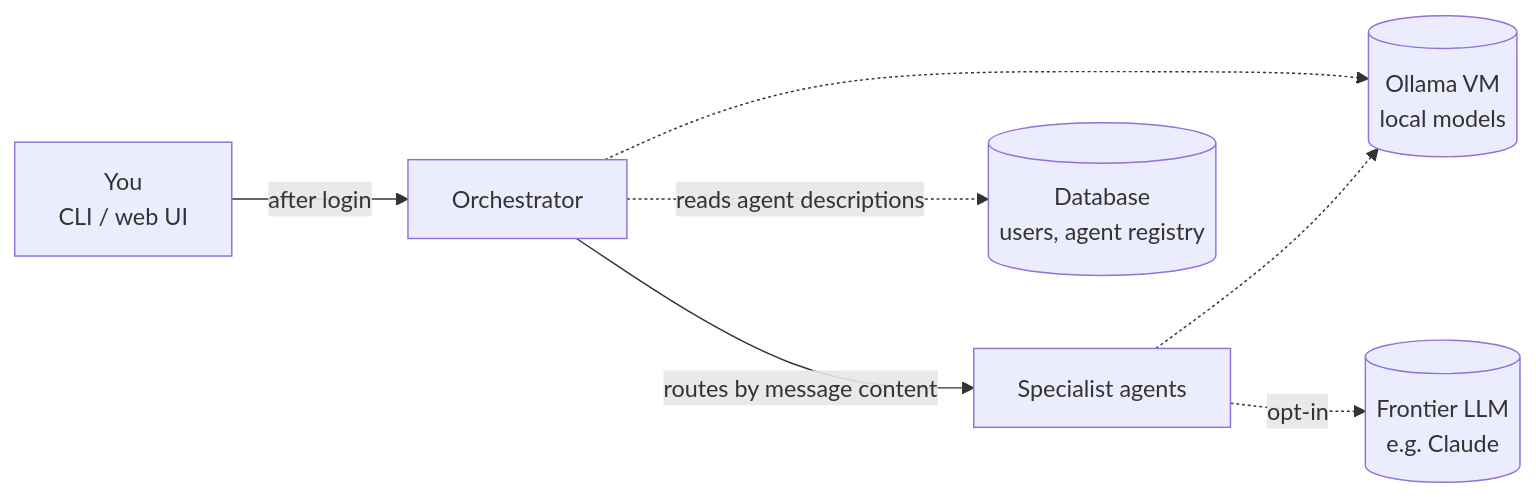
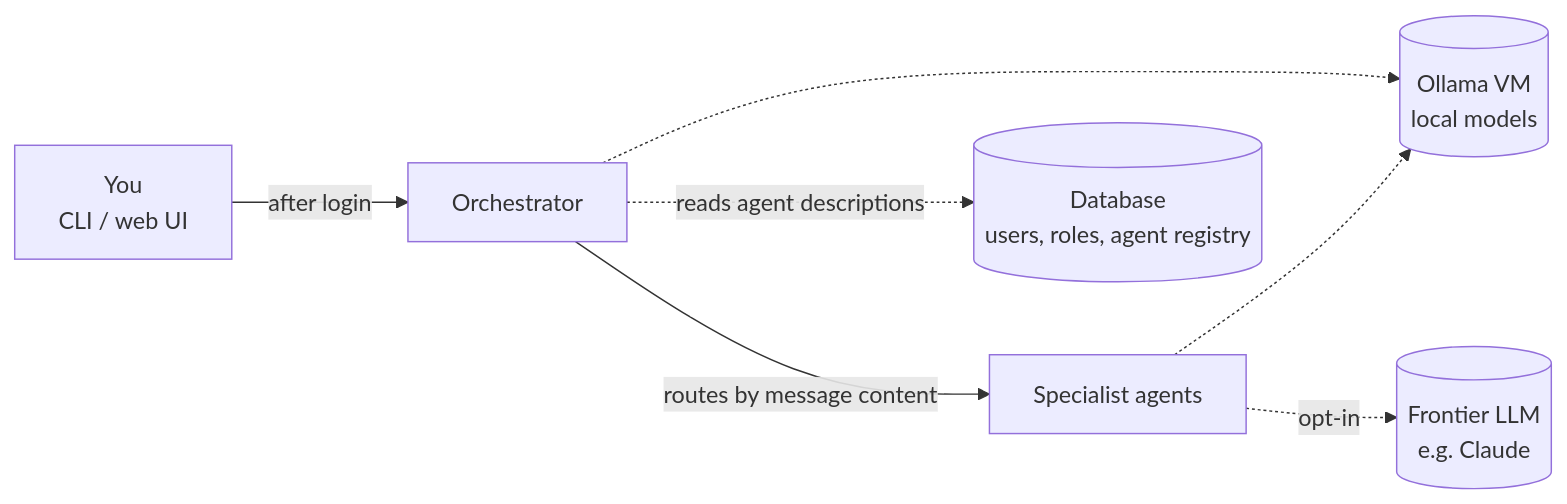
The diagram in README.md (Ruaghain/sammy), drawn with Mermaid before and after one commit. The commit also changed other lines of this file and 1 other file, not shown here.

Commit message:
Document roles and permissions
CLAUDE.md "Stored data" describes the role model behind the user and
role management specs: fixed permissions, roles stored in the database,
any number of roles per user and none by default, the unchangeable
admin role, the rule that someone can always manage users and roles,
changes applying straight away, and the orchestrator only offering
allowed agents. The README gains a roles bullet and shows roles in the
database.

These edits were made under #7 but never reached master.

Closes #64

````diff
--- a/README.md
+++ b/README.md
@@ -21,9 +21,9 @@
 ```mermaid
 flowchart LR
     U[You<br/>CLI / web UI] -->|after login| O[Orchestrator]
     O -->|routes by message content| A[Specialist agents]
-    O -.->|reads agent descriptions| D[(Database<br/>users, agent registry)]
+    O -.->|reads agent descriptions| D[(Database<br/>users, roles, agent registry)]
     O -.-> L[(Ollama VM<br/>local models)]
     A -.-> L
     A -.->|opt-in| F[(Frontier LLM<br/>e.g. Claude)]
 ```
````
